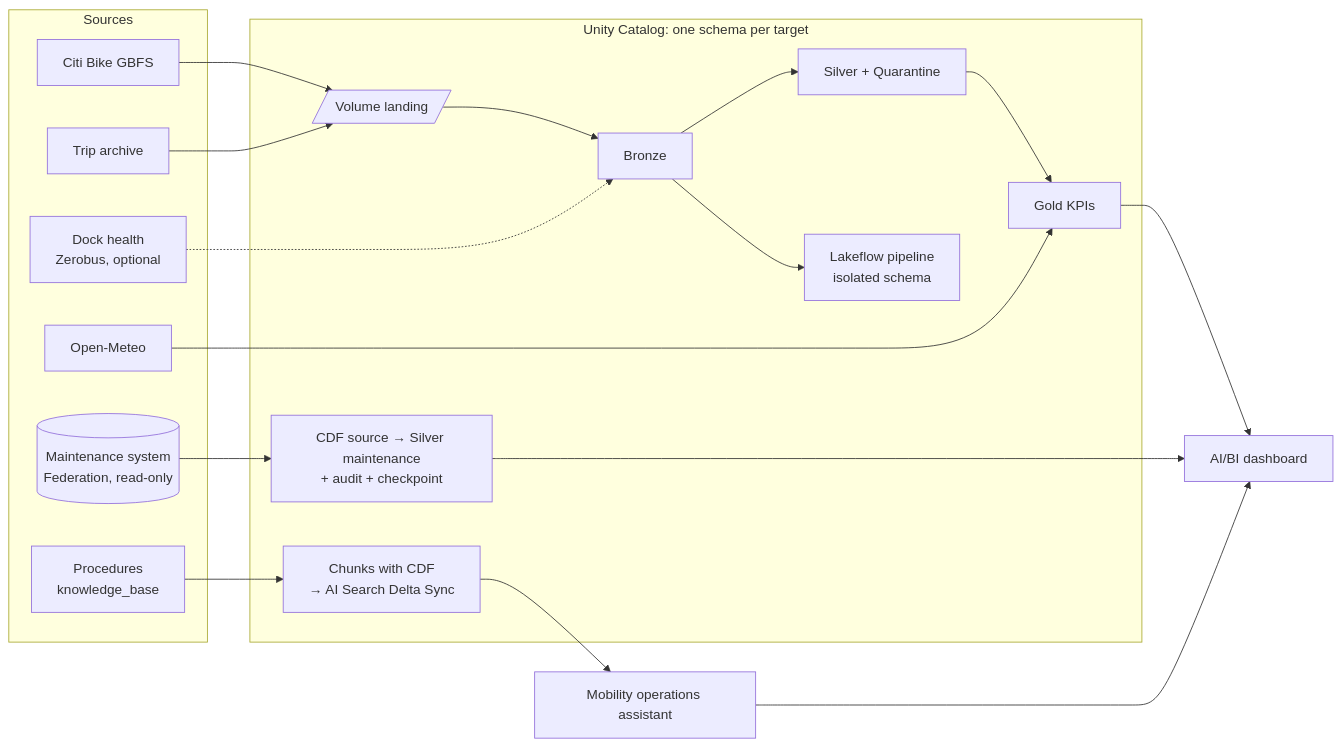
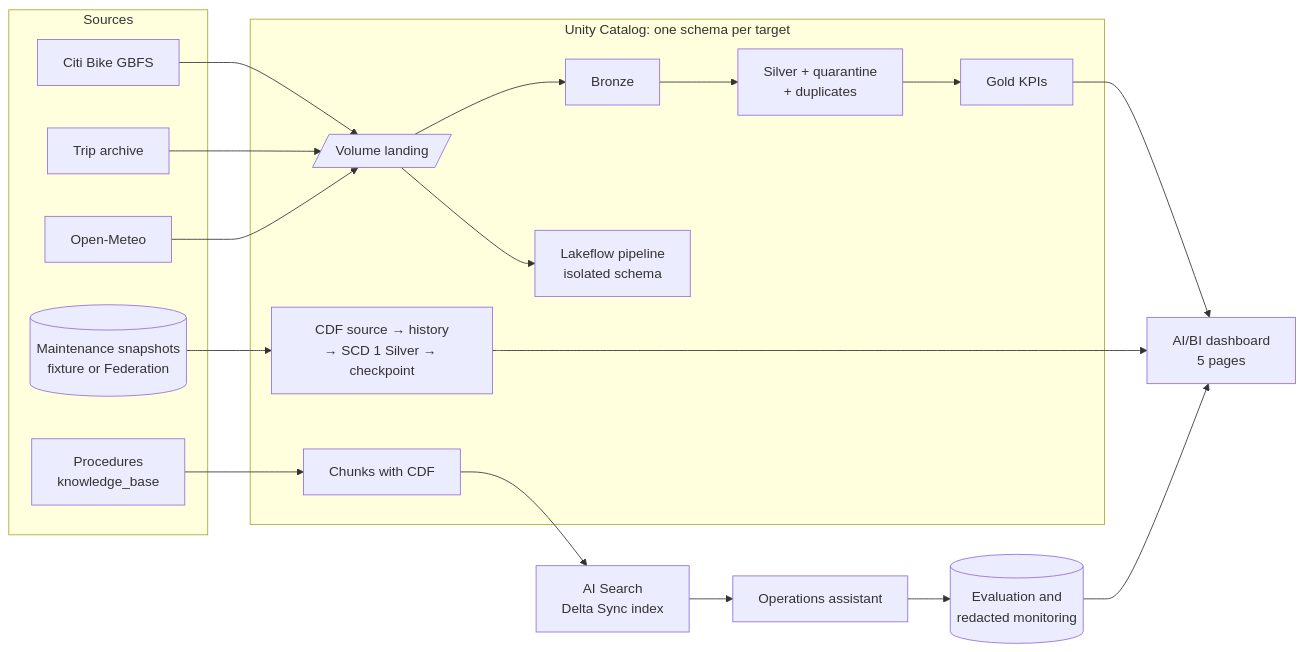
The first of 11 diagrams in final_project/README.md (BadalovP/Databricks-Academy-Lakehouse), drawn with Mermaid before and after one commit. The commit also changed other lines of this file and 20 other files, not shown here.

````diff
--- a/final_project/README.md
+++ b/final_project/README.md
@@ -67,31 +103,32 @@
 ```mermaid
 flowchart LR
   subgraph Sources
     GBFS[Citi Bike GBFS]
     TRIPS[Trip archive]
     METEO[Open-Meteo]
-    MAINT[(Maintenance system<br/>Federation, read-only)]
+    MAINT[(Maintenance snapshots<br/>fixture or Federation)]
     DOCS[Procedures<br/>knowledge_base]
-    HEALTH[Dock health<br/>Zerobus, optional]
   end
-  subgraph Lakehouse["Unity Catalog: one schema per target"]
+  subgraph UC["Unity Catalog: one schema per target"]
     VOL[/Volume landing/]
     BRZ[Bronze]
-    SLV[Silver + Quarantine]
+    SLV[Silver + quarantine<br/>+ duplicates]
     GLD[Gold KPIs]
-    CDC[CDF source → Silver maintenance<br/>+ audit + checkpoint]
-    RAG[Chunks with CDF<br/>→ AI Search Delta Sync]
+    CDC[CDF source → history<br/>→ SCD 1 Silver → checkpoint]
+    RAGT[Chunks with CDF]
     LKF[Lakeflow pipeline<br/>isolated schema]
   end
-  GBFS --> VOL --> BRZ --> SLV --> GLD
+  IDX[AI Search<br/>Delta Sync index]
+  GBFS --> VOL
   TRIPS --> VOL
-  METEO --> GLD
+  METEO --> VOL
+  VOL --> BRZ --> SLV --> GLD
   MAINT --> CDC
-  DOCS --> RAG
-  HEALTH -.-> BRZ
-  BRZ --> LKF
-  GLD --> DASH[AI/BI dashboard]
+  DOCS --> RAGT --> IDX
+  VOL --> LKF
+  GLD --> DASH[AI/BI dashboard<br/>5 pages]
   CDC --> DASH
-  RAG --> BOT[Mobility operations assistant]
-  BOT --> DASH
+  IDX --> BOT[Operations assistant]
+  BOT --> EVAL[(Evaluation and<br/>redacted monitoring)]
+  EVAL --> DASH
 ```
````
